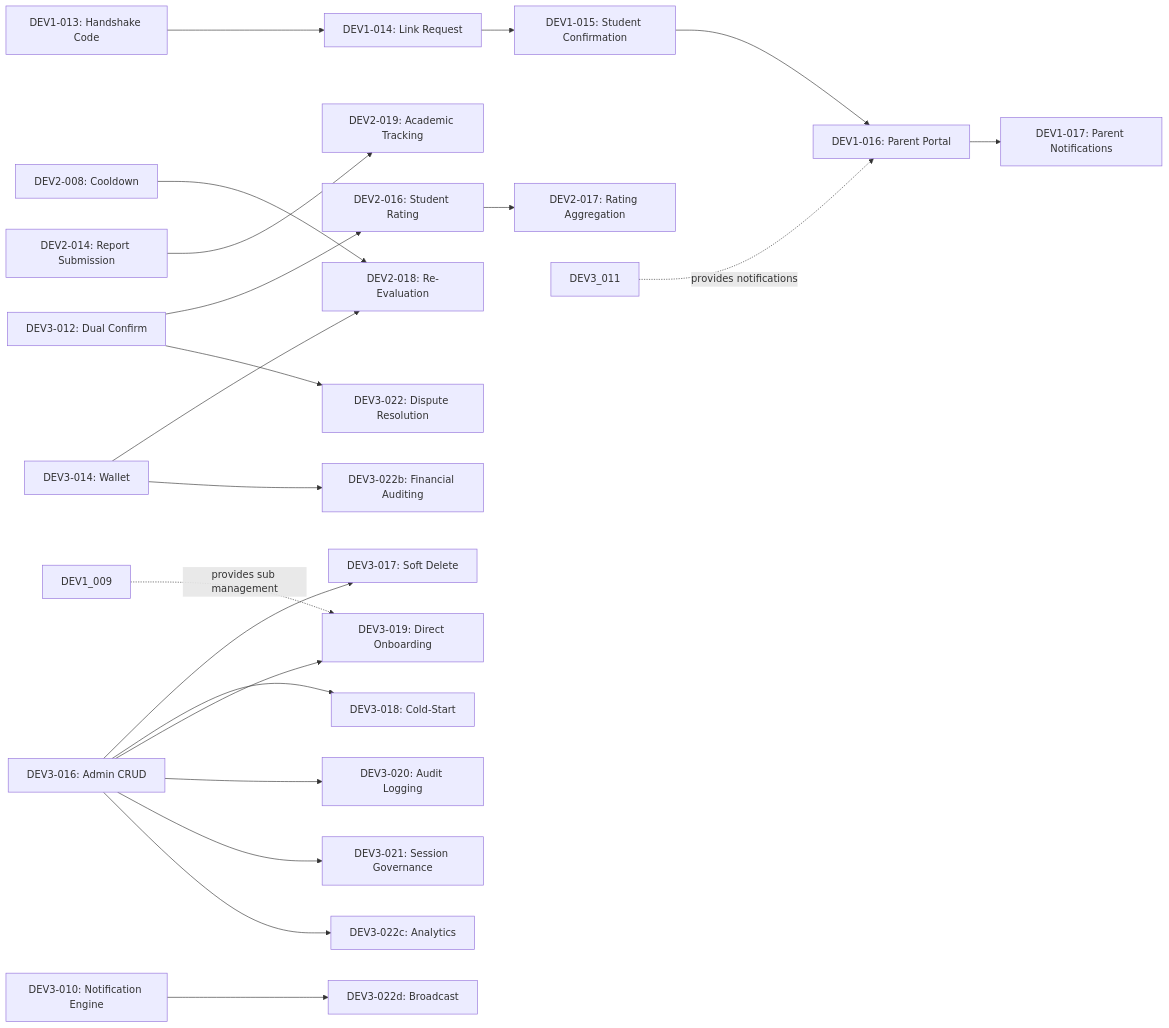
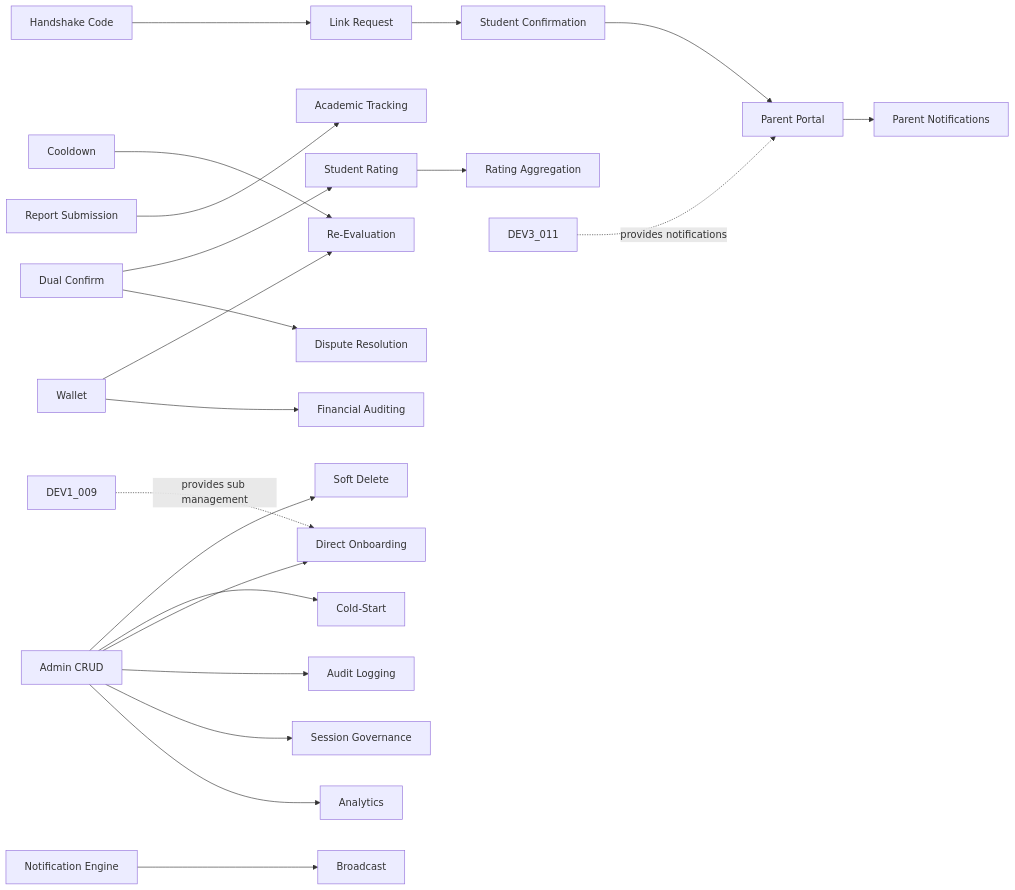
Before and after one commit to kottaby/kottaby: the fourth of 5 diagrams in docs/planning/SPRINT_PLAN.md, drawn with Mermaid. The commit also changed other lines of this file and 297 other files, not shown here.

````diff
--- a/docs/planning/SPRINT_PLAN.md
+++ b/docs/planning/SPRINT_PLAN.md
@@ -312,26 +312,26 @@
 ```mermaid
 graph LR
-    DEV1_013[DEV1-013: Handshake Code] --> DEV1_014[DEV1-014: Link Request]
-    DEV1_014 --> DEV1_015[DEV1-015: Student Confirmation]
-    DEV1_015 --> DEV1_016[DEV1-016: Parent Portal]
-    DEV1_016 --> DEV1_017[DEV1-017: Parent Notifications]
+    DEV1_013[Handshake Code] --> DEV1_014[Link Request]
+    DEV1_014 --> DEV1_015[Student Confirmation]
+    DEV1_015 --> DEV1_016[Parent Portal]
+    DEV1_016 --> DEV1_017[Parent Notifications]
 
-    DEV3_012[DEV3-012: Dual Confirm] --> DEV2_016[DEV2-016: Student Rating]
-    DEV2_016 --> DEV2_017[DEV2-017: Rating Aggregation]
-    DEV2_008[DEV2-008: Cooldown] --> DEV2_018[DEV2-018: Re-Evaluation]
-    DEV3_014[DEV3-014: Wallet] --> DEV2_018
-    DEV2_014[DEV2-014: Report Submission] --> DEV2_019[DEV2-019: Academic Tracking]
+    DEV3_012[Dual Confirm] --> DEV2_016[Student Rating]
+    DEV2_016 --> DEV2_017[Rating Aggregation]
+    DEV2_008[Cooldown] --> DEV2_018[Re-Evaluation]
+    DEV3_014[Wallet] --> DEV2_018
+    DEV2_014[Report Submission] --> DEV2_019[Academic Tracking]
 
-    DEV3_016[DEV3-016: Admin CRUD] --> DEV3_017[DEV3-017: Soft Delete]
-    DEV3_016 --> DEV3_018[DEV3-018: Cold-Start]
-    DEV3_016 --> DEV3_019[DEV3-019: Direct Onboarding]
-    DEV3_016 --> DEV3_020[DEV3-020: Audit Logging]
-    DEV3_016 --> DEV3_021[DEV3-021: Session Governance]
-    DEV3_012 --> DEV3_022[DEV3-022: Dispute Resolution]
-    DEV3_014 --> DEV3_022b[DEV3-022b: Financial Auditing]
-    DEV3_016 --> DEV3_022c[DEV3-022c: Analytics]
-    DEV3_010[DEV3-010: Notification Engine] --> DEV3_022d[DEV3-022d: Broadcast]
+    DEV3_016[Admin CRUD] --> DEV3_017[Soft Delete]
+    DEV3_016 --> DEV3_018[Cold-Start]
+    DEV3_016 --> DEV3_019[Direct Onboarding]
+    DEV3_016 --> DEV3_020[Audit Logging]
+    DEV3_016 --> DEV3_021[Session Governance]
+    DEV3_012 --> DEV3_022[Dispute Resolution]
+    DEV3_014 --> DEV3_022b[Financial Auditing]
+    DEV3_016 --> DEV3_022c[Analytics]
+    DEV3_010[Notification Engine] --> DEV3_022d[Broadcast]
 
     DEV1_009 -.->|provides sub management| DEV3_019
     DEV3_011 -.->|provides notifications| DEV1_016
 ```
````
